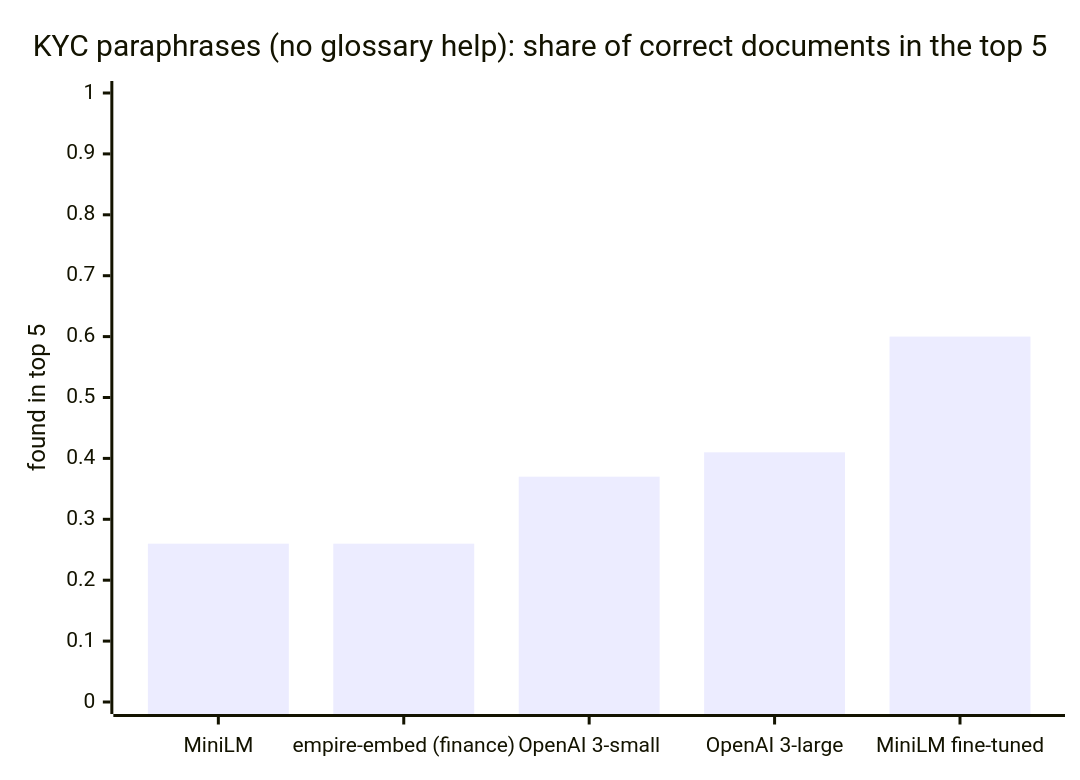
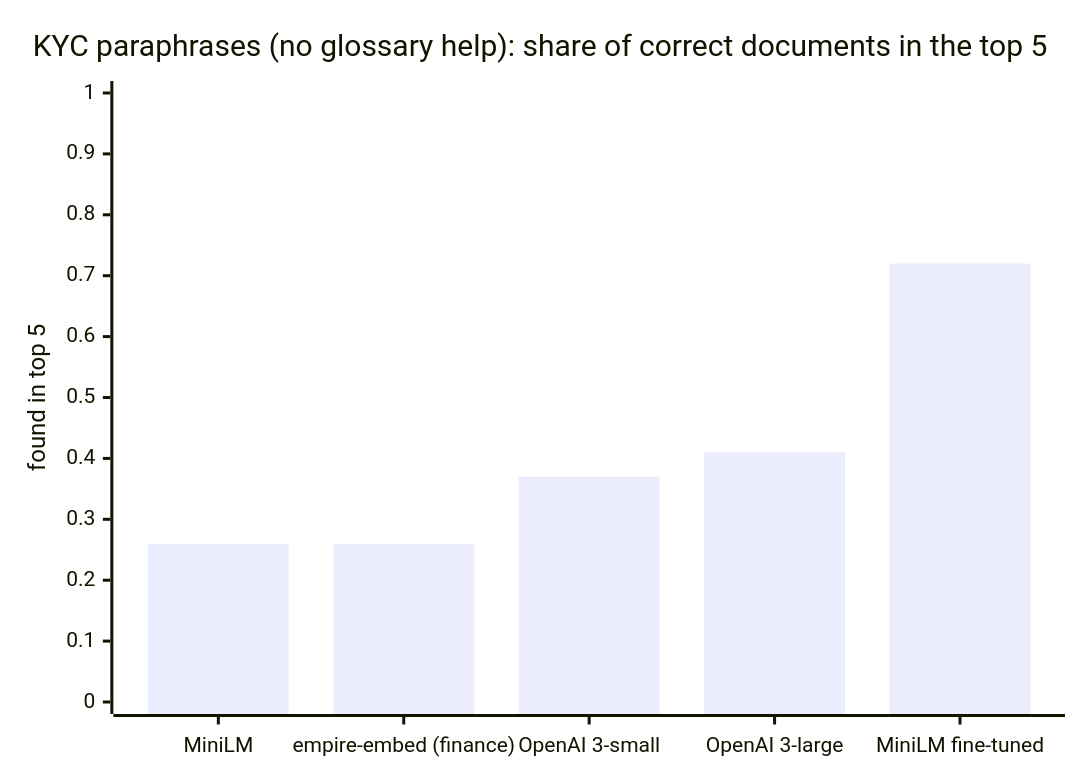
One commit to UmbrellaMalware/nevis-search-api changed the second of 2 diagrams in README.md. Above: the diagram before and after it, drawn with Mermaid. The commit also changed other lines of this file, not shown here.

````diff
--- a/README.md
+++ b/README.md
@@ -384,7 +397,7 @@
 ```mermaid
 xychart-beta
     title "KYC paraphrases (no glossary help): share of correct documents in the top 5"
     x-axis ["MiniLM", "empire-embed (finance)", "OpenAI 3-small", "OpenAI 3-large", "MiniLM fine-tuned"]
     y-axis "found in top 5" 0 --> 1
-    bar [0.26, 0.26, 0.37, 0.41, 0.60]
+    bar [0.26, 0.26, 0.37, 0.41, 0.72]
 ```
````
